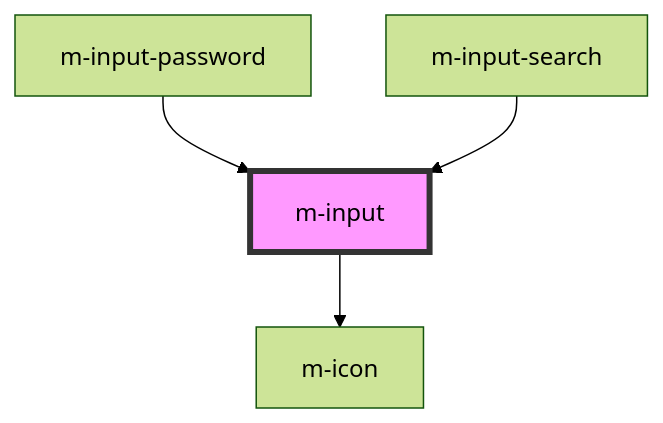
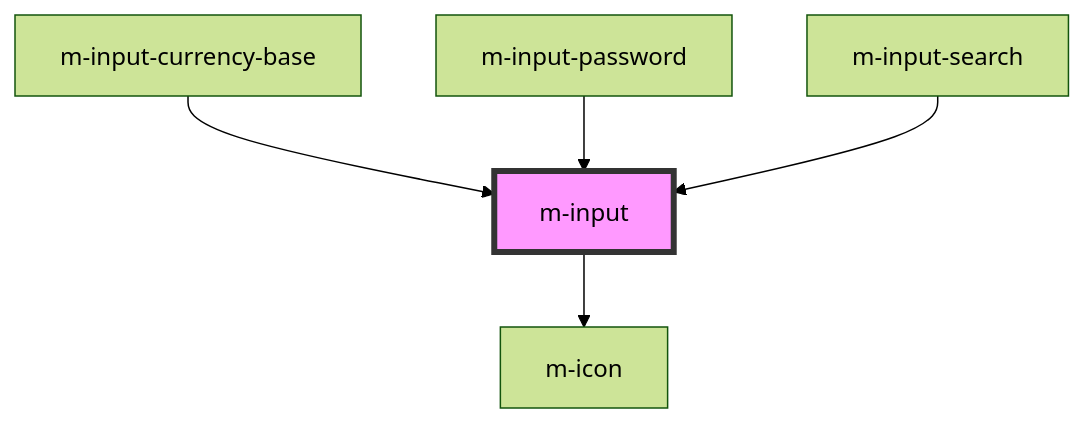
The diagram in libraries/modyo-design-system/src/components/m-input/readme.md (dynamic-framework/dynamic-ui), drawn with Mermaid (forest theme) before and after one commit. The commit also changed other lines of this file and 28 other files, not shown here.

````diff
--- a/libraries/modyo-design-system/src/components/m-input/readme.md
+++ b/libraries/modyo-design-system/src/components/m-input/readme.md
@@ -59,7 +85,8 @@
 ```mermaid
 graph TD;
   m-input --> m-icon
+  m-input-currency-base --> m-input
   m-input-password --> m-input
   m-input-search --> m-input
   style m-input fill:#f9f,stroke:#333,stroke-width:4px
 ```
````
